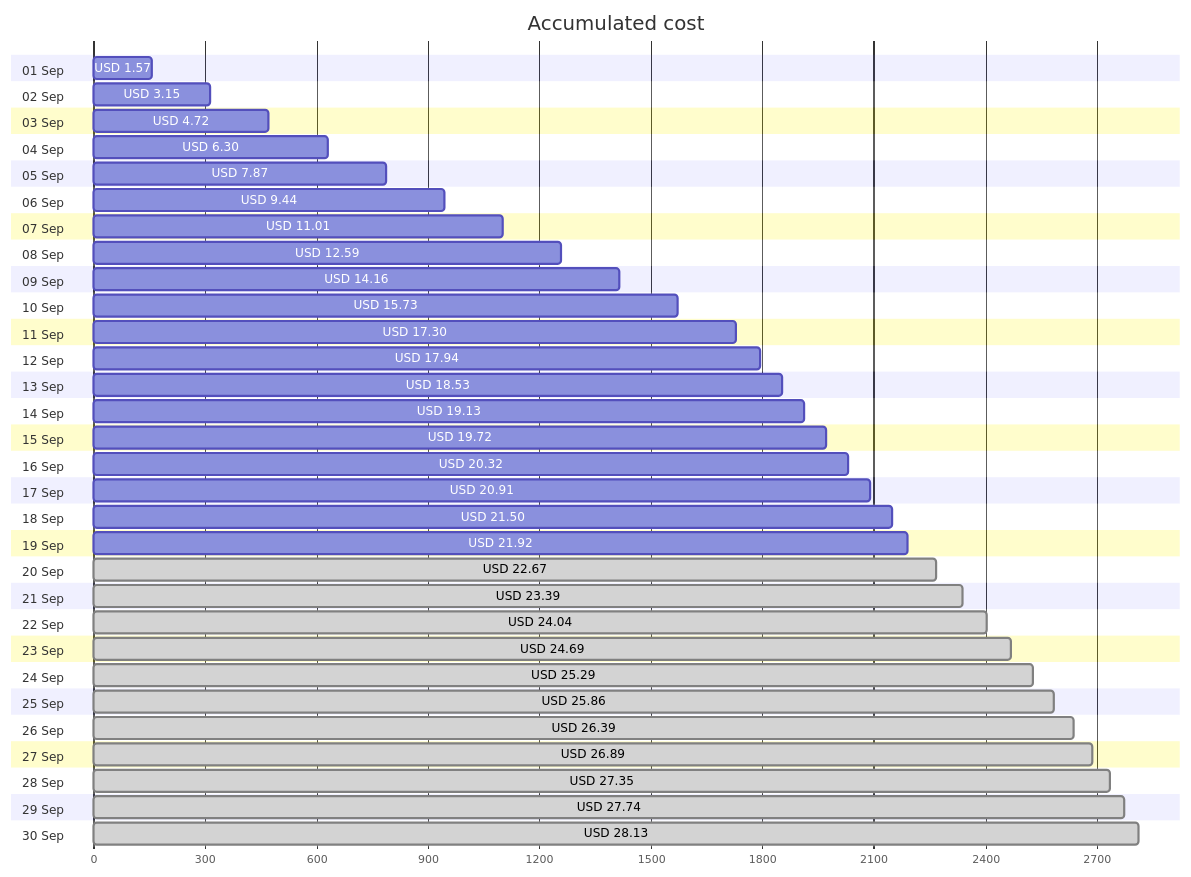
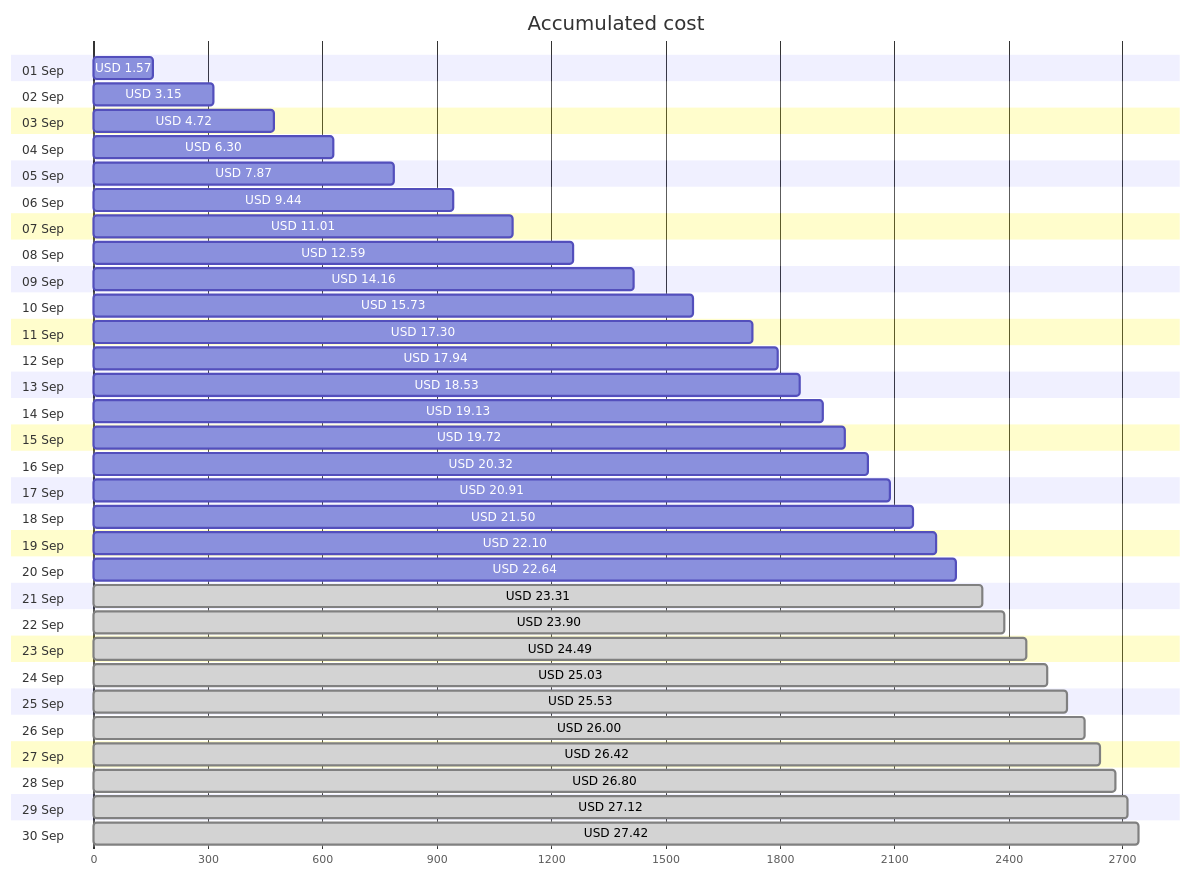
The first of 4 diagrams in cost-reports/personal-site/README.md (jpfulton/azure-personal-reports), drawn with Mermaid before and after one commit. The commit also changed other lines of this file and 7 other files, not shown here.

````diff
--- a/cost-reports/personal-site/README.md
+++ b/cost-reports/personal-site/README.md
@@ -20,66 +20,66 @@
 ```mermaid
 gantt
    title Accumulated cost
    dateFormat  X
    axisFormat %s
    section 01 Sep
    USD 1.57 :0, 157
    section 02 Sep
    USD 3.15 :0, 315
    section 03 Sep
    USD 4.72 :0, 472
    section 04 Sep
    USD 6.30 :0, 630
    section 05 Sep
    USD 7.87 :0, 787
    section 06 Sep
    USD 9.44 :0, 944
    section 07 Sep
    USD 11.01 :0, 1101
    section 08 Sep
    USD 12.59 :0, 1259
    section 09 Sep
    USD 14.16 :0, 1416
    section 10 Sep
    USD 15.73 :0, 1573
    section 11 Sep
    USD 17.30 :0, 1730
    section 12 Sep
    USD 17.94 :0, 1794
    section 13 Sep
    USD 18.53 :0, 1853
    section 14 Sep
    USD 19.13 :0, 1913
    section 15 Sep
    USD 19.72 :0, 1972
    section 16 Sep
    USD 20.32 :0, 2032
    section 17 Sep
    USD 20.91 :0, 2091
    section 18 Sep
    USD 21.50 :0, 2150
    section 19 Sep
-   USD 21.92 :0, 2192
+   USD 22.10 :0, 2210
    section 20 Sep
-   USD 22.67 : done, 0, 2267
+   USD 22.64 :0, 2264
    section 21 Sep
-   USD 23.39 : done, 0, 2339
+   USD 23.31 : done, 0, 2331
    section 22 Sep
-   USD 24.04 : done, 0, 2404
+   USD 23.90 : done, 0, 2390
    section 23 Sep
-   USD 24.69 : done, 0, 2469
+   USD 24.49 : done, 0, 2449
    section 24 Sep
-   USD 25.29 : done, 0, 2529
+   USD 25.03 : done, 0, 2503
    section 25 Sep
-   USD 25.86 : done, 0, 2586
+   USD 25.53 : done, 0, 2553
    section 26 Sep
-   USD 26.39 : done, 0, 2639
+   USD 26.00 : done, 0, 2600
    section 27 Sep
-   USD 26.89 : done, 0, 2689
+   USD 26.42 : done, 0, 2642
    section 28 Sep
-   USD 27.35 : done, 0, 2735
+   USD 26.80 : done, 0, 2680
    section 29 Sep
-   USD 27.74 : done, 0, 2774
+   USD 27.12 : done, 0, 2712
    section 30 Sep
-   USD 28.13 : done, 0, 2813
+   USD 27.42 : done, 0, 2742
 ```
````
